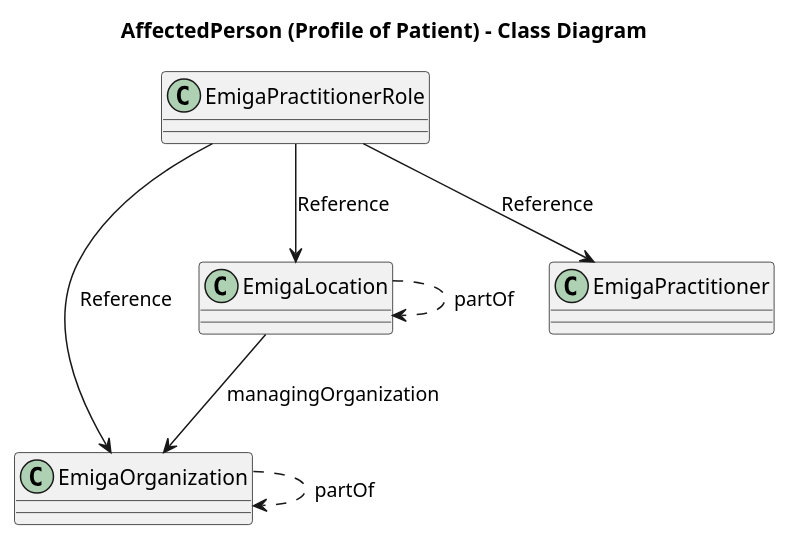
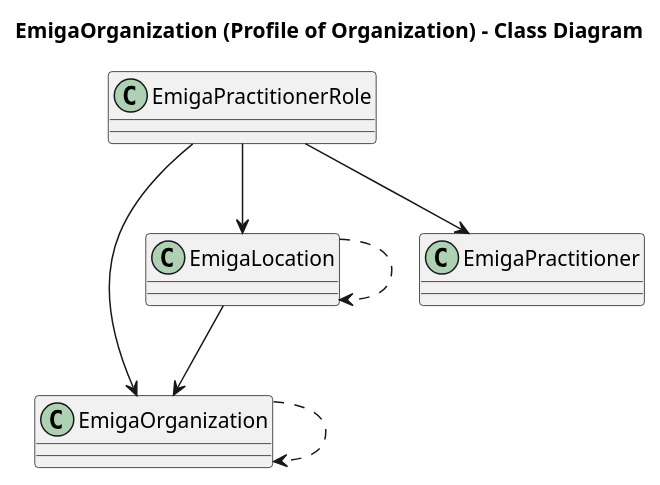
The diagram in rki.emiga.vzd/PlantUML/OrganizationOrg.puml (robert-koch-institut/rki.emiga.vzd), drawn with PlantUML before and after one commit. The commit also changed 4 other files, not shown here.

```diff
--- a/rki.emiga.vzd/PlantUML/OrganizationOrg.puml
+++ b/rki.emiga.vzd/PlantUML/OrganizationOrg.puml
@@ -1,23 +1,26 @@
 @startuml
-title AffectedPerson (Profile of Patient) - Class Diagram
+
+title EmigaOrganization (Profile of Organization) - Class Diagram
 
 class EmigaOrganization{
 }
 
 class EmigaLocation{
 }
 
 class EmigaPractitioner{
 }
 
 class EmigaPractitionerRole{
 }
 
-EmigaOrganization ..> EmigaOrganization: partOf
-EmigaLocation --> EmigaOrganization: managingOrganization
-EmigaLocation ..> EmigaLocation : partOf
-EmigaPractitionerRole --> EmigaPractitioner: Reference
-EmigaPractitionerRole --> EmigaOrganization : Reference
-EmigaPractitionerRole --> EmigaLocation: Reference
+EmigaOrganization ..> EmigaOrganization
+EmigaLocation --> EmigaOrganization
+EmigaLocation ..> EmigaLocation
+
+EmigaPractitionerRole --> EmigaPractitioner
+EmigaPractitionerRole --> EmigaOrganization
+EmigaPractitionerRole --> EmigaLocation
+
 
 @enduml
```
